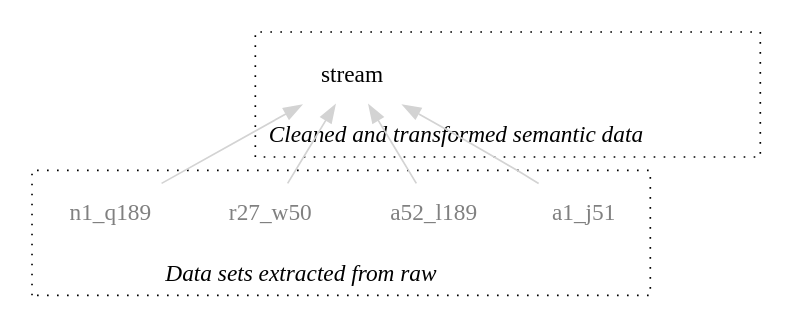
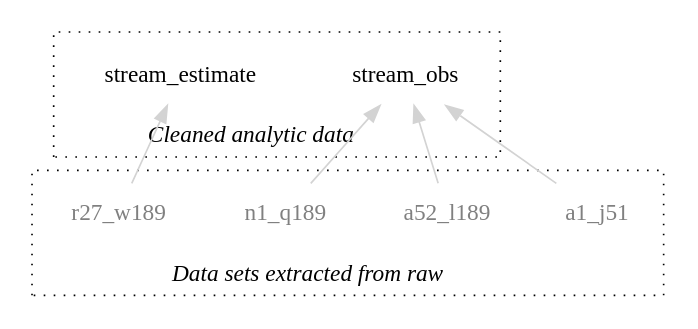
One commit to softloud/blockdata changed the diagram in data-architecture/data-lineage.dot. Above: the diagram before and after it, drawn with Graphviz. The commit also changed 6 other files, not shown here.

```diff
--- a/data-architecture/data-lineage.dot
+++ b/data-architecture/data-lineage.dot
@@ -1,30 +1,31 @@
 digraph darch {
   edge [color=lightgrey]
   node [shape=none, fontcolor=grey]
   rankdir=BT
   labelloc="t"
 
   subgraph cluster_excel {
   label=<<I>Data sets extracted from raw</I>>
   style=dotted
     a1_j51
     a52_l189
-    r27_w50
+    r27_w189
     n1_q189
 
   }
 
-  subgraph cluster_semantic {
-  label=<<I>Cleaned and transformed semantic data</I>>
+  subgraph cluster_analytic {
+  label=<<I>Cleaned analytic data</I>>
   style=dotted
   node [fontcolor=black]
     
-    stream
+    stream_obs
+    stream_estimate
   }
 
-  a1_j51 -> stream
-  a52_l189 -> stream
-  r27_w50 -> stream
-  n1_q189 -> stream
+  a1_j51 -> stream_obs
+  a52_l189 -> stream_obs
+  r27_w189 -> stream_estimate
+  n1_q189 -> stream_obs
 
 }
```
